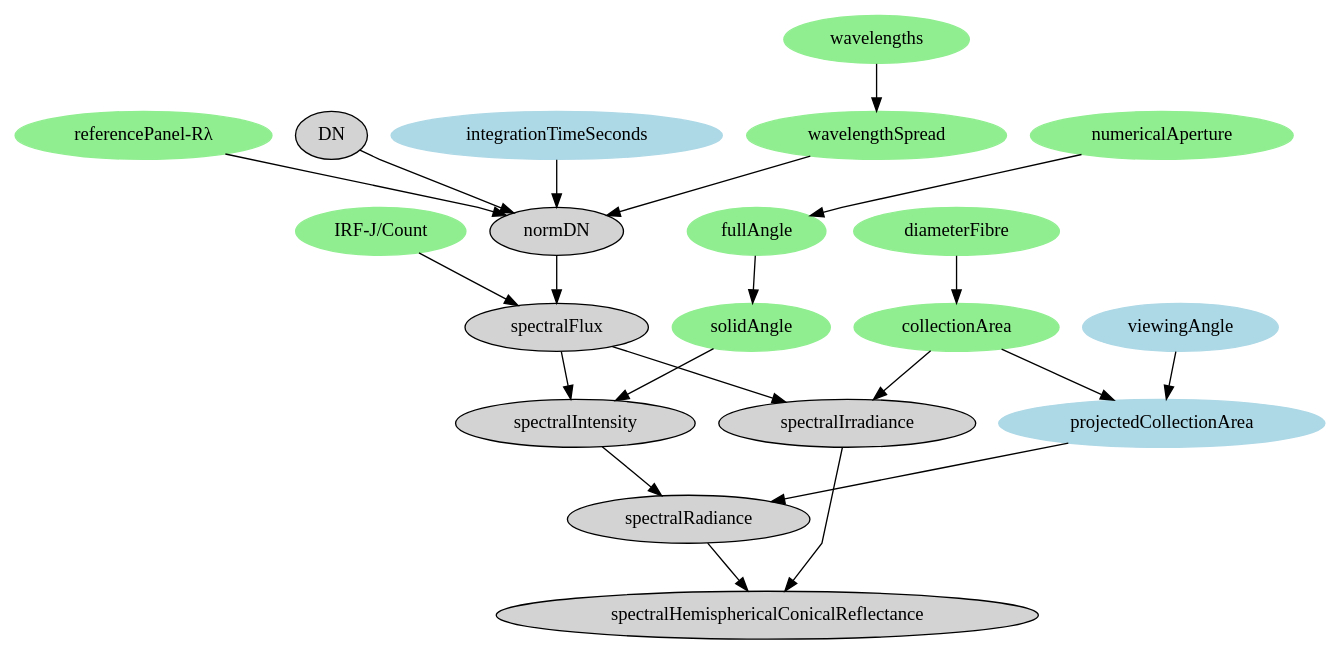
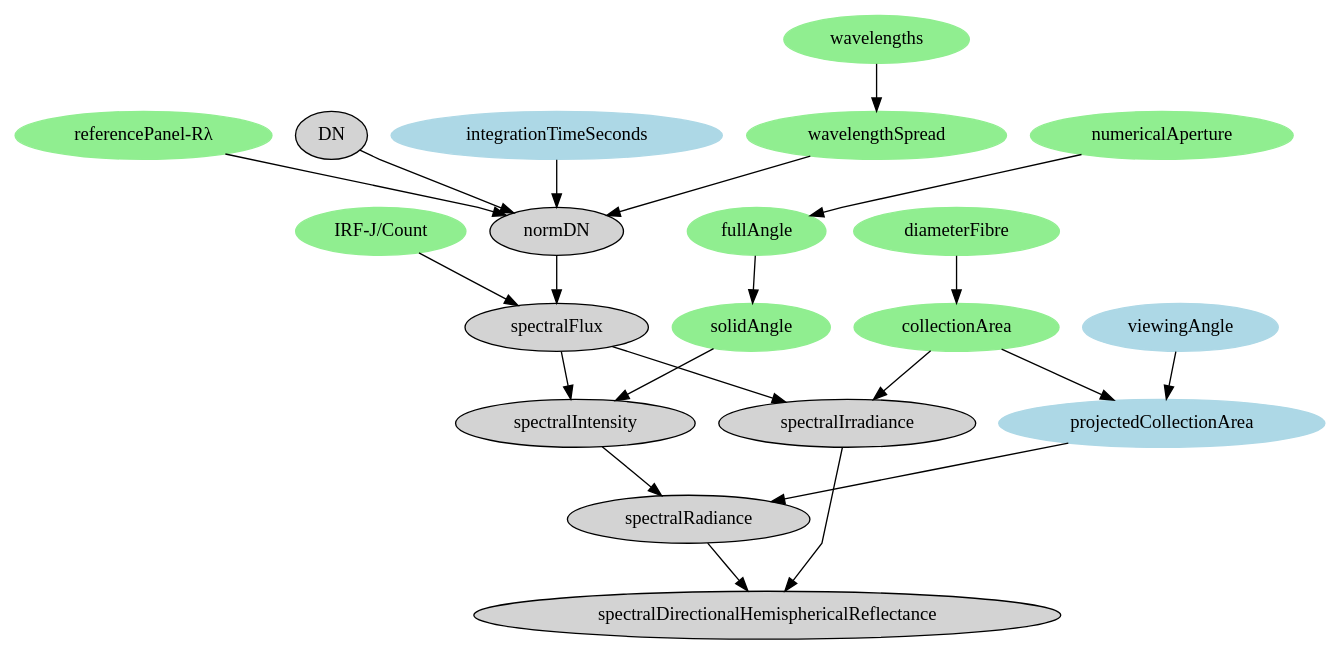
The diagram in vignettes/workflow.DOT (edwardpmorris/FASTSpectra), drawn with Graphviz before and after one commit. The commit also changed 7 other files, not shown here.

```diff
--- a/vignettes/workflow.DOT
+++ b/vignettes/workflow.DOT
@@ -1,41 +1,41 @@
 digraph LR {
   splines=polyline;
   
 	subgraph _0 {
 		node [style=filled, color=lightblue];
 		integrationTimeSeconds;
 		viewingAngle -> projectedCollectionArea;
 		label = "Measurement metadata - measured";
 	}
 	
 	subgraph _1 {
 		node [style=filled, color=lightgreen];
 		wavelengths -> wavelengthSpread;
 		diameterFibre -> collectionArea;
 		"IRF-J/Count";
 		numericalAperture -> fullAngle -> solidAngle;
 		"referencePanel-Rλ"
 		label = "Instrument metadata - measured";
 		color=blue
 	}
 	
 	subgraph _2 {
 		node [style=filled];
 		DN -> normDN -> spectralFlux -> spectralIntensity;
     spectralIntensity -> spectralRadiance;
     spectralFlux -> spectralIrradiance;
-    spectralIrradiance -> spectralHemisphericalConicalReflectance
-    spectralRadiance -> spectralHemisphericalConicalReflectance
+    spectralIrradiance -> spectralDirectionalHemisphericalReflectance
+    spectralRadiance -> spectralDirectionalHemisphericalReflectance
 		label = "Measurement";
 		color=green
 	}
 	
 	integrationTimeSeconds -> normDN;
 	wavelengthSpread -> normDN;
 	"IRF-J/Count" -> spectralFlux;
 	solidAngle -> spectralIntensity;
 	collectionArea -> spectralIrradiance;
 	projectedCollectionArea -> spectralRadiance;
 	collectionArea -> projectedCollectionArea;
 	"referencePanel-Rλ" -> normDN
 }
```
